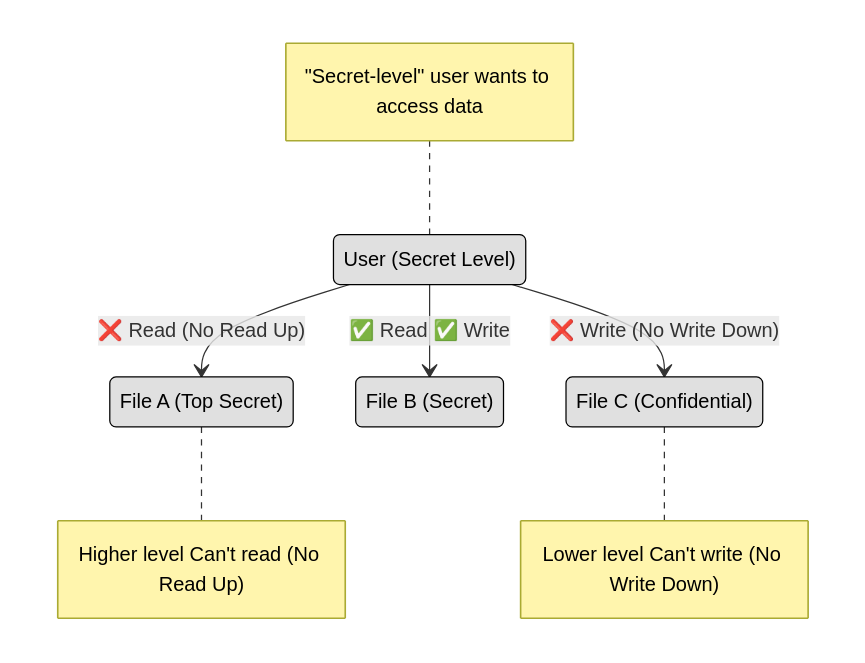
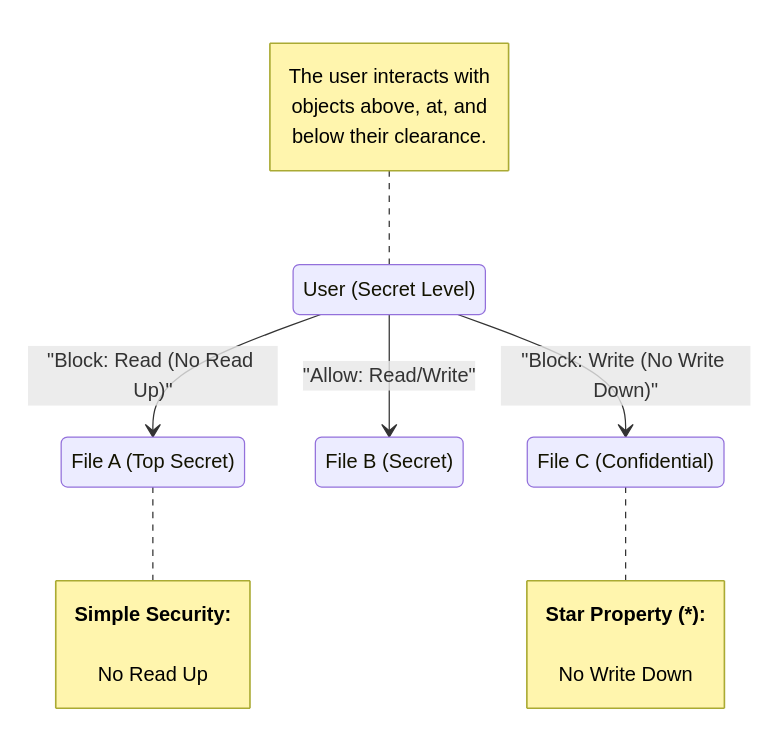
The ninth of 15 diagrams in DOMAIN3: Security Architecture and Engineering/3.02 Understand the fundamental concepts of security models (e.g. Biba, Star Model, Bell Lapadula).md (lorenzoleonelli/CISSP-Zero-to-Hero), drawn with Mermaid before and after one commit. The commit also changed other lines of this file, not shown here.

Commit message:
Update 3.02 Understand the fundamental concepts of security models (e.g. Biba, Star Model, Bell Lapadula).md

````diff
--- a/DOMAIN3: Security Architecture and Engineering/3.02 Understand the fundamental concepts of security models (e.g. Biba, Star Model, Bell Lapadula).md
+++ b/DOMAIN3: Security Architecture and Engineering/3.02 Understand the fundamental concepts of security models (e.g. Biba, Star Model, Bell Lapadula).md
@@ -250,30 +302,30 @@
 ```mermaid
 
 stateDiagram-v2
     direction TB
 
     state "User (Secret Level)" as User
     state "File A (Top Secret)" as FileTS
     state "File B (Secret)" as FileS
     state "File C (Confidential)" as FileC
 
-    User --> FileTS : ❌ Read (No Read Up)
-    User --> FileS : ✅ Read ✅ Write
-    User --> FileC : ❌ Write (No Write Down)
+    User --> FileTS : "Block: Read (No Read Up)"
+    User --> FileS : "Allow: Read/Write"
+    User --> FileC : "Block: Write (No Write Down)"
 
     note right of FileTS
-      Higher level Can't read (No Read Up)
+        <b>Simple Security:</b>
+        <br/>No Read Up
     end note
 
     note right of FileC
-      Lower level Can't write (No Write Down)
+        <b>Star Property (*):</b>
+        <br/>No Write Down
     end note
 
     note left of User
-      "Secret-level" user wants to access data
+        The user interacts with 
+        objects above, at, and 
+        below their clearance.
     end note
-
-
-    classDef center fill:#ffffff,color:#000000,stroke:#000000,stroke-width:1px,font-weight:bold
-    classDef node fill:#e0e0e0,color:#000000,stroke:#000000,stroke-width:1px
 ```
````
